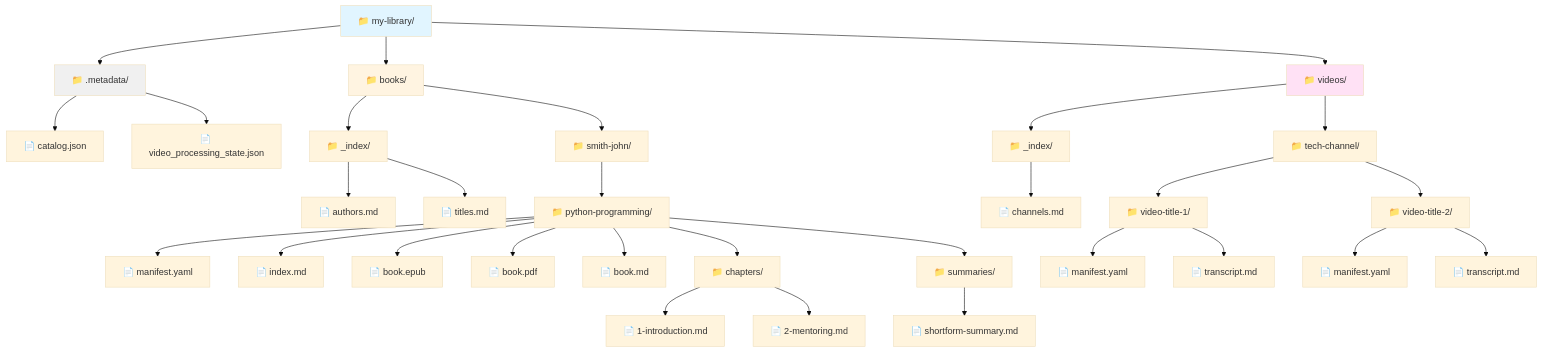
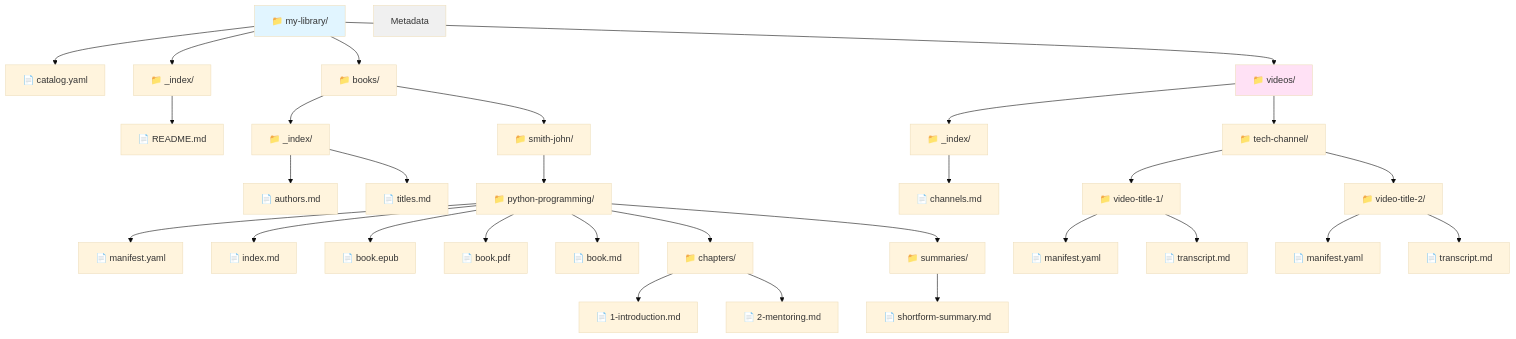
One commit to kennyrnwilson/resource-librarian changed the second of 2 diagrams in README.md. Above: the diagram before and after it, drawn with Mermaid (base theme). The commit also changed other lines of this file and 19 other files, not shown here.

````diff
--- a/README.md
+++ b/README.md
@@ -178,51 +206,51 @@
 ```mermaid
 graph TB
     Library[📁 my-library/]
 
-    Library --> Metadata[📁 .metadata/]
+    Library --> CatalogFile[📄 catalog.yaml]
+    Library --> LibIndex[📁 _index/]
     Library --> Books[📁 books/]
     Library --> Videos[📁 videos/]
 
-    Metadata --> Catalog[📄 catalog.json]
-    Metadata --> VideoState[📄 video_processing_state.json]
+    LibIndex --> LibReadme[📄 README.md]
 
     Books --> BooksIndex[📁 _index/]
     Books --> Author[📁 smith-john/]
 
     BooksIndex --> AuthorsMd[📄 authors.md]
     BooksIndex --> TitlesMd[📄 titles.md]
 
     Author --> BookFolder[📁 python-programming/]
 
     BookFolder --> Manifest[📄 manifest.yaml]
     BookFolder --> IndexMd[📄 index.md]
     BookFolder --> Epub[📄 book.epub]
     BookFolder --> Pdf[📄 book.pdf]
     BookFolder --> Md[📄 book.md]
     BookFolder --> Chapters[📁 chapters/]
     BookFolder --> Summaries[📁 summaries/]
 
     Chapters --> Ch1[📄 1-introduction.md]
     Chapters --> Ch2[📄 2-mentoring.md]
 
     Summaries --> Summary[📄 shortform-summary.md]
 
     Videos --> VideosIndex[📁 _index/]
     Videos --> Channel[📁 tech-channel/]
 
     VideosIndex --> ChannelsMd[📄 channels.md]
 
     Channel --> Video1[📁 video-title-1/]
     Channel --> Video2[📁 video-title-2/]
 
     Video1 --> V1Manifest[📄 manifest.yaml]
     Video1 --> V1Transcript[📄 transcript.md]
 
     Video2 --> V2Manifest[📄 manifest.yaml]
     Video2 --> V2Transcript[📄 transcript.md]
 
     style Library fill:#e1f5ff
     style Books fill:#fff4e1
     style Videos fill:#ffe1f5
     style Metadata fill:#f0f0f0
 ```
````
